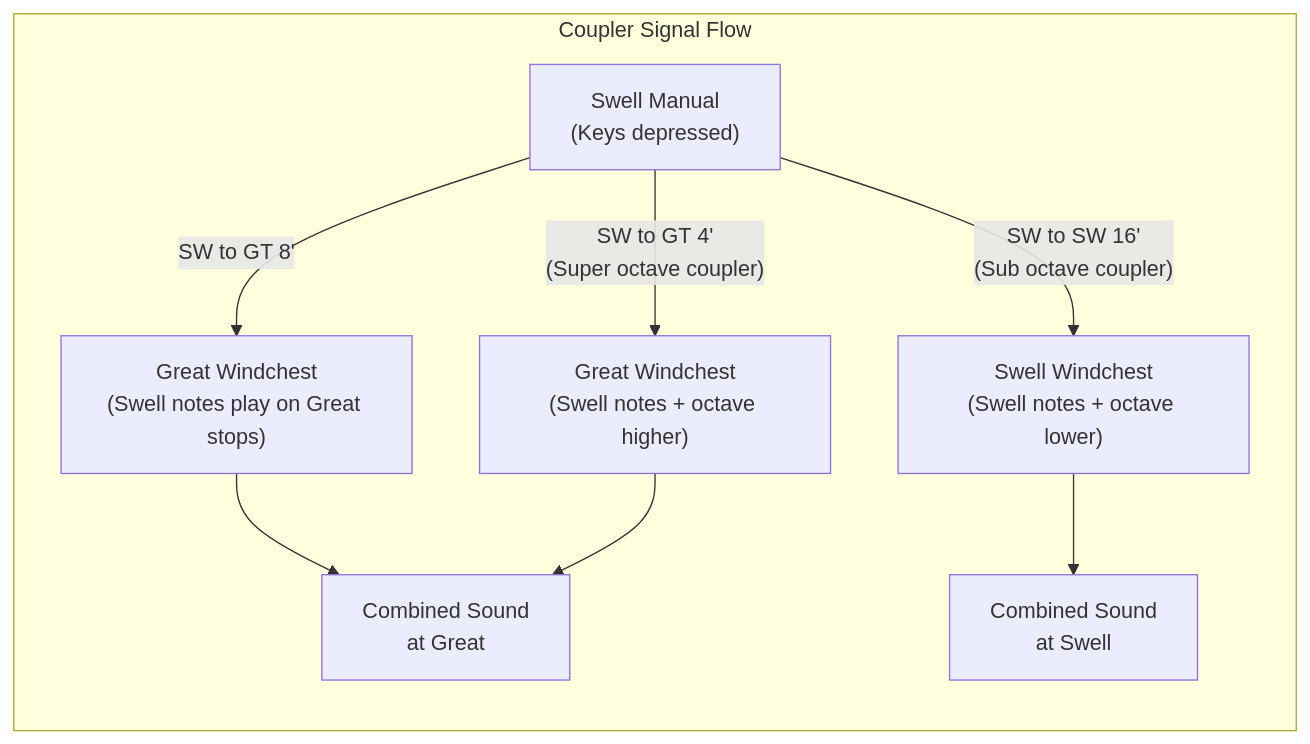
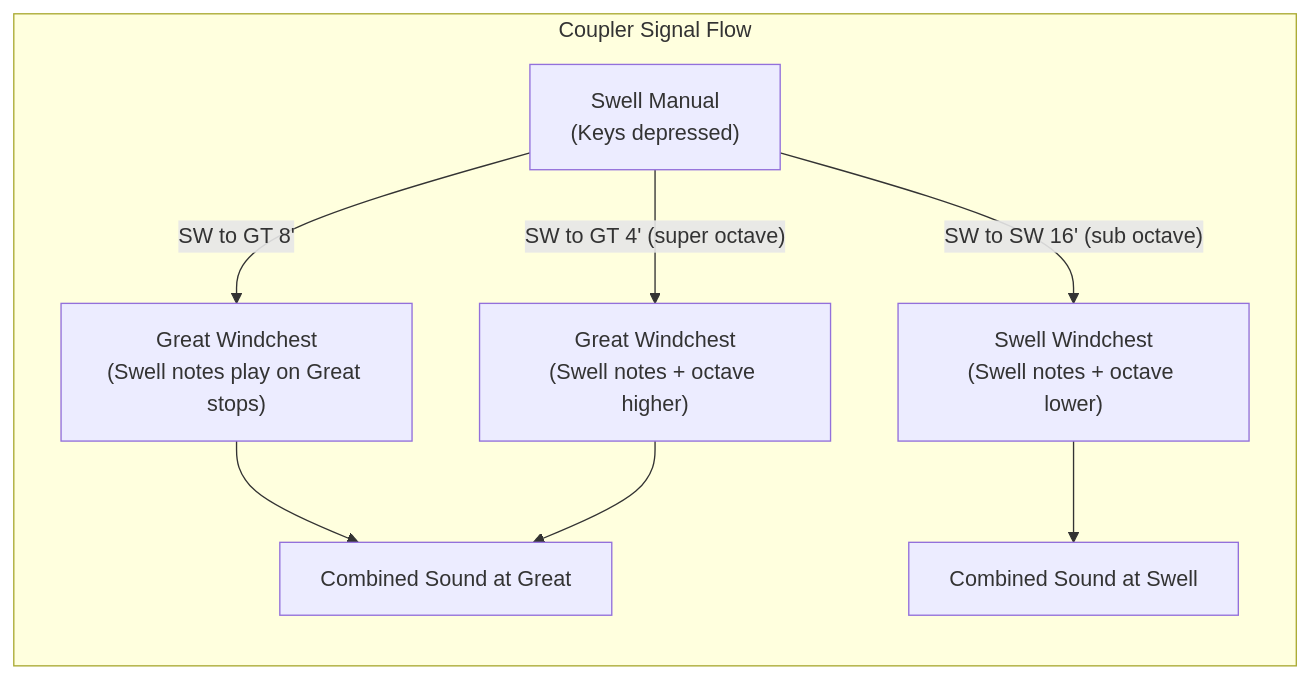
One commit to blebleblee/synapse changed the third of 5 diagrams in topics/arts/music_performance/organ/lesson_04_performance_practice.md. Above: the diagram before and after it, drawn with Mermaid. The commit also changed other lines of this file and 4 other files, not shown here.

````diff
--- a/topics/arts/music_performance/organ/lesson_04_performance_practice.md
+++ b/topics/arts/music_performance/organ/lesson_04_performance_practice.md
@@ -477,11 +560,11 @@
 ```mermaid
 graph LR
     subgraph sub_coupler_routing ["Coupler Signal Flow"]
         A["Swell Manual\n(Keys depressed)"] -->|"SW to GT 8'"| B["Great Windchest\n(Swell notes play on Great stops)"]
-        A -->|"SW to GT 4'\n(Super octave coupler)"| C["Great Windchest\n(Swell notes + octave higher)"]
-        A -->|"SW to SW 16'\n(Sub octave coupler)"| D["Swell Windchest\n(Swell notes + octave lower)"]
-        B --> E["Combined Sound\nat Great"]
+        A -->|"SW to GT 4' (super octave)"| C["Great Windchest\n(Swell notes + octave higher)"]
+        A -->|"SW to SW 16' (sub octave)"| D["Swell Windchest\n(Swell notes + octave lower)"]
+        B --> E["Combined Sound at Great"]
         C --> E
-        D --> F["Combined Sound\nat Swell"]
+        D --> F["Combined Sound at Swell"]
     end
 ```
````
